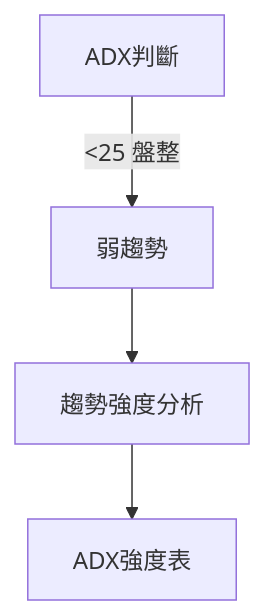
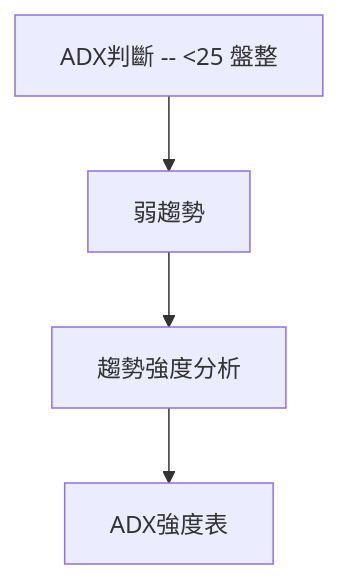
Before and after one commit to yennanliu/finance_data: the third of 9 diagrams in ai_gen_report/stock/ktos/technical_analysis_2026-04-12_openai.md, drawn with Mermaid. The commit also changed other lines of this file and 2258 other files, not shown here.

First line of the commit message:
chore: backfill Mermaid syntax repair across existing reports

````diff
--- a/ai_gen_report/stock/ktos/technical_analysis_2026-04-12_openai.md
+++ b/ai_gen_report/stock/ktos/technical_analysis_2026-04-12_openai.md
@@ -135,6 +135,6 @@
 ```mermaid
 graph TD
-    ADX判斷 -- <25 盤整 --> 弱趨勢
+    nb1["ADX判斷 -- <25 盤整"] --> 弱趨勢
     弱趨勢 --> 趨勢強度分析
     趨勢強度分析 --> ADX強度表
 ```
````
